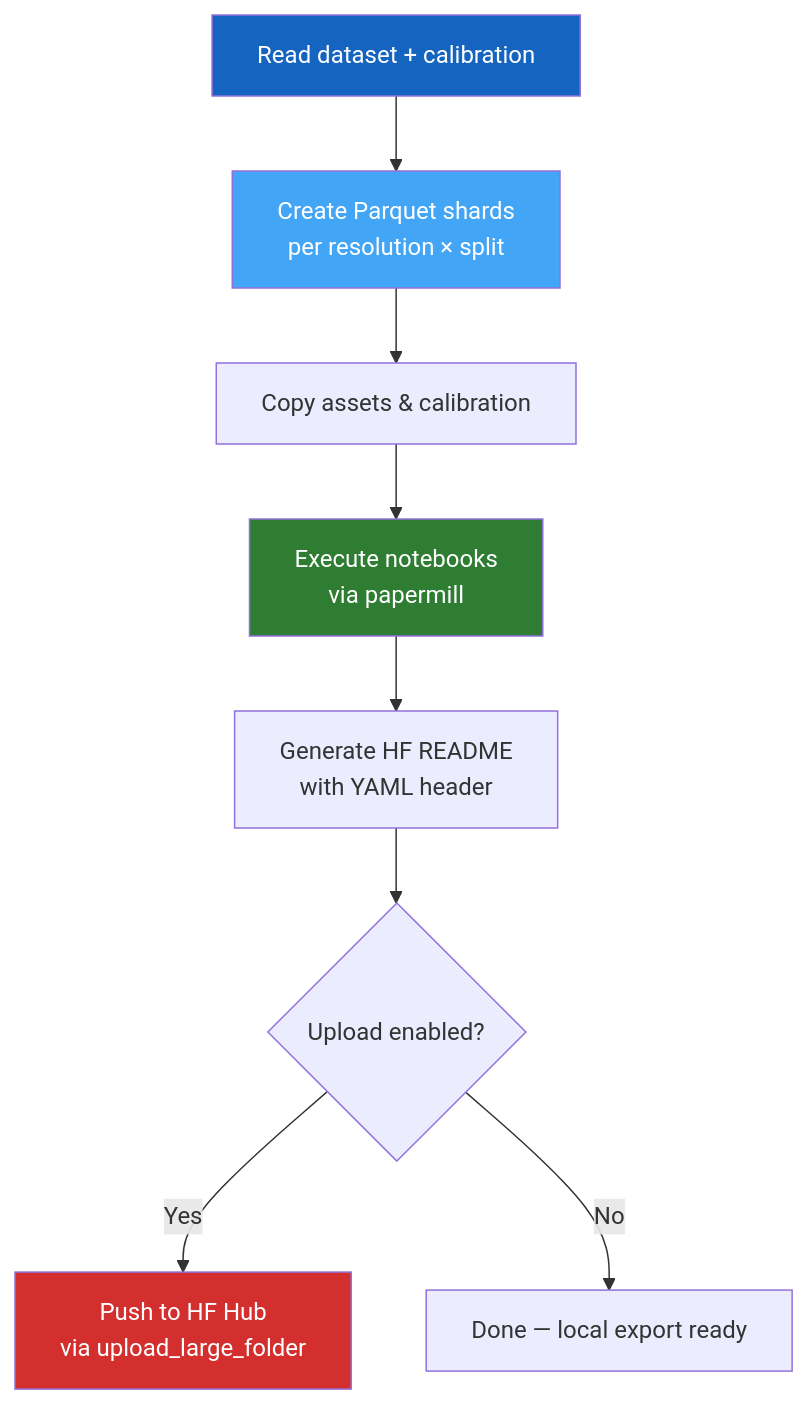
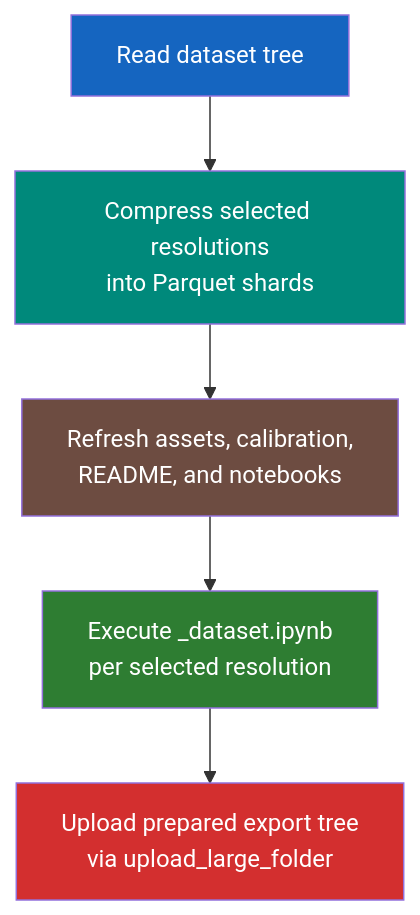
Before and after one commit to ThalesGroup/passage: the diagram in docs/guide/export.md, drawn with Mermaid. The commit also changed other lines of this file and 29 other files, not shown here.

````diff
--- a/docs/guide/export.md
+++ b/docs/guide/export.md
@@ -66,15 +124,13 @@
 ```mermaid
 flowchart TD
-    A[Read dataset + calibration] --> B[Create Parquet shards\nper resolution × split]
-    B --> C[Copy assets & calibration]
-    C --> D[Execute notebooks\nvia papermill]
-    D --> E[Generate HF README\nwith YAML header]
-    E --> F{Upload enabled?}
-    F -->|Yes| G[Push to HF Hub\nvia upload_large_folder]
-    F -->|No| H[Done — local export ready]
+    A[Read dataset tree] --> B[Compress selected resolutions\ninto Parquet shards]
+    B --> C[Refresh assets, calibration,\nREADME, and notebooks]
+    C --> D[Execute _dataset.ipynb\nper selected resolution]
+    D --> E[Upload prepared export tree\nvia upload_large_folder]
 
     style A fill:#1565C0,color:#fff
-    style B fill:#42A5F5,color:#fff
+    style B fill:#00897B,color:#fff
+    style C fill:#6D4C41,color:#fff
     style D fill:#2E7D32,color:#fff
-    style G fill:#D32F2F,color:#fff
+    style E fill:#D32F2F,color:#fff
 ```
````
